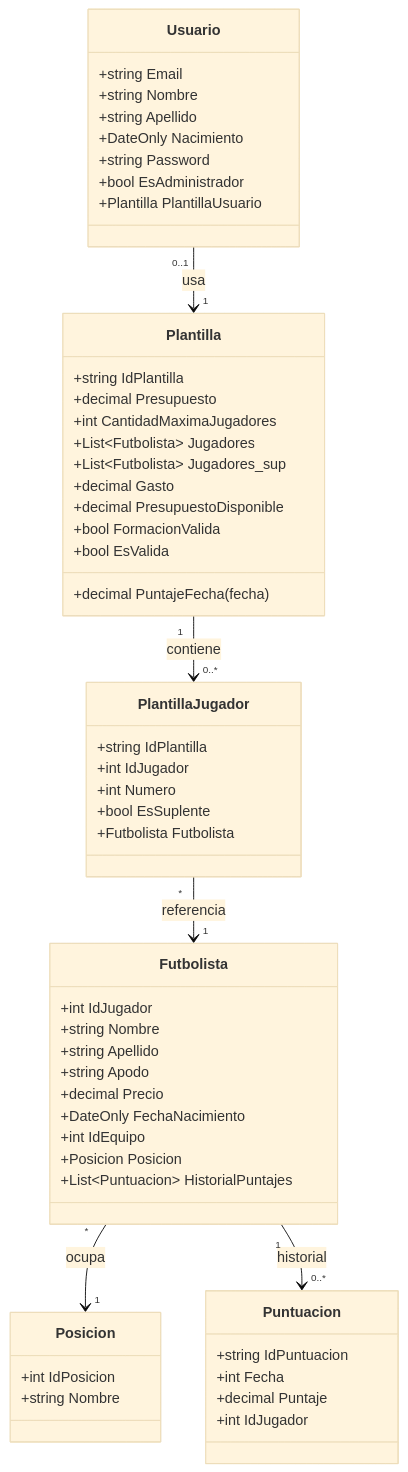
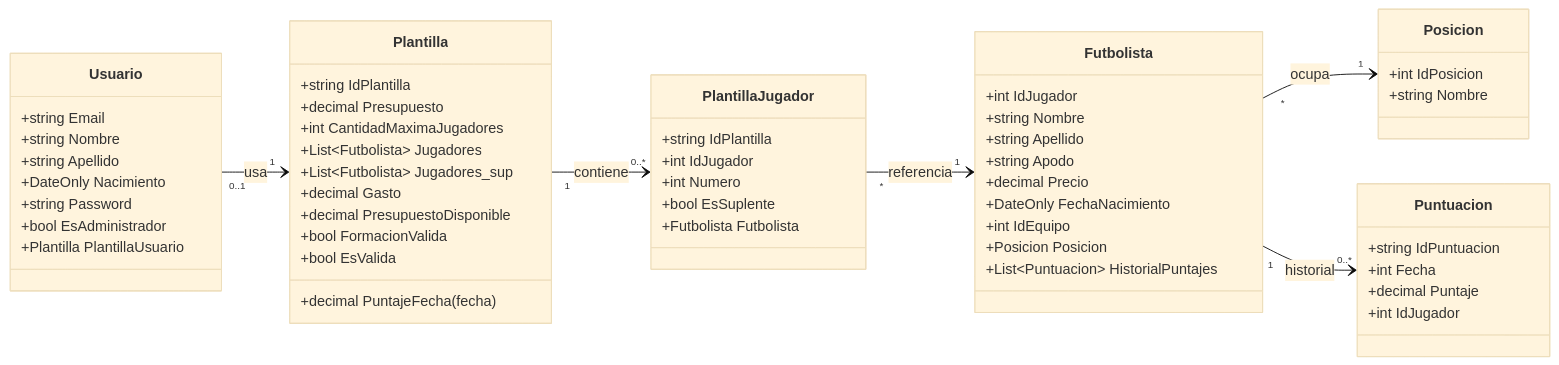
Before and after one commit to solarflare1xd/GranDT_Clases: the diagram in doc/Diagrama de Clases.md, drawn with Mermaid (base theme). The commit also changed 19 other files, not shown here.

````diff
--- a/doc/Diagrama de Clases.md
+++ b/doc/Diagrama de Clases.md
@@ -3,58 +3,59 @@
 ```mermaid
 classDiagram
+direction LR
     class Usuario {
         +string Email
         +string Nombre
         +string Apellido
         +DateOnly Nacimiento
         +string Password
         +bool EsAdministrador
         +Plantilla PlantillaUsuario
     }
     class Plantilla {
         +string IdPlantilla
         +decimal Presupuesto
         +int CantidadMaximaJugadores
         +List~Futbolista~ Jugadores
         +List~Futbolista~ Jugadores_sup
         +decimal Gasto
         +decimal PresupuestoDisponible
         +bool FormacionValida
         +bool EsValida
         +decimal PuntajeFecha(fecha)
     }
     class Futbolista {
         +int IdJugador
         +string Nombre
         +string Apellido
         +string Apodo
         +decimal Precio
         +DateOnly FechaNacimiento
         +int IdEquipo
         +Posicion Posicion
         +List~Puntuacion~ HistorialPuntajes
     }
     class Posicion {
         +int IdPosicion
         +string Nombre
     }
     class PlantillaJugador {
         +string IdPlantilla
         +int IdJugador
         +int Numero
         +bool EsSuplente
         +Futbolista Futbolista
     }
     class Puntuacion {
         +string IdPuntuacion
         +int Fecha
         +decimal Puntaje
         +int IdJugador
     }
 
     Usuario "0..1" --> "1" Plantilla : usa
     Plantilla "1" --> "0..*" PlantillaJugador : contiene
     PlantillaJugador "*" --> "1" Futbolista : referencia
     Futbolista "*" --> "1" Posicion : ocupa
     Futbolista "1" --> "0..*" Puntuacion : historial
 ```
````
